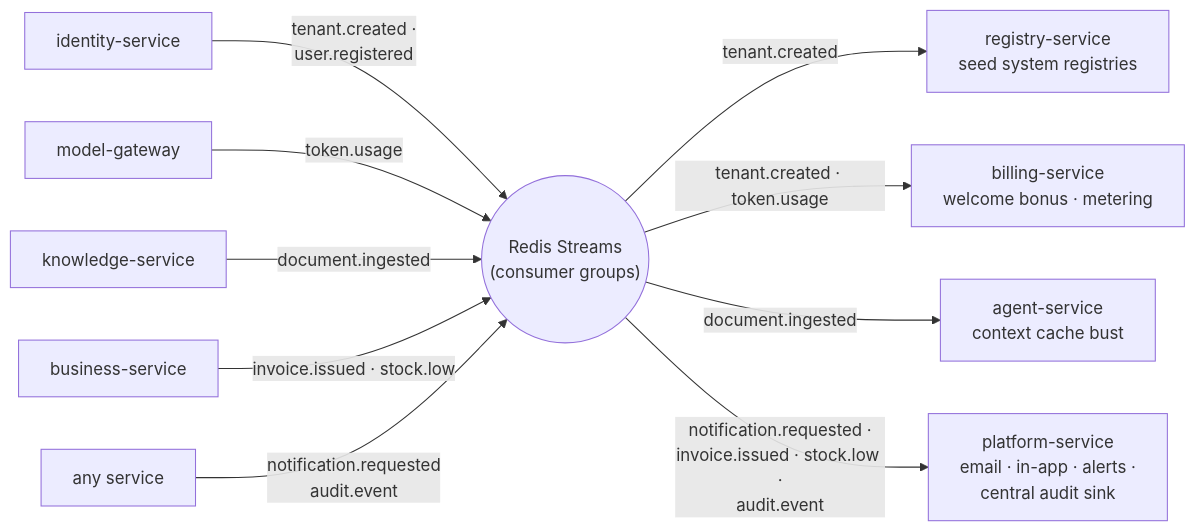
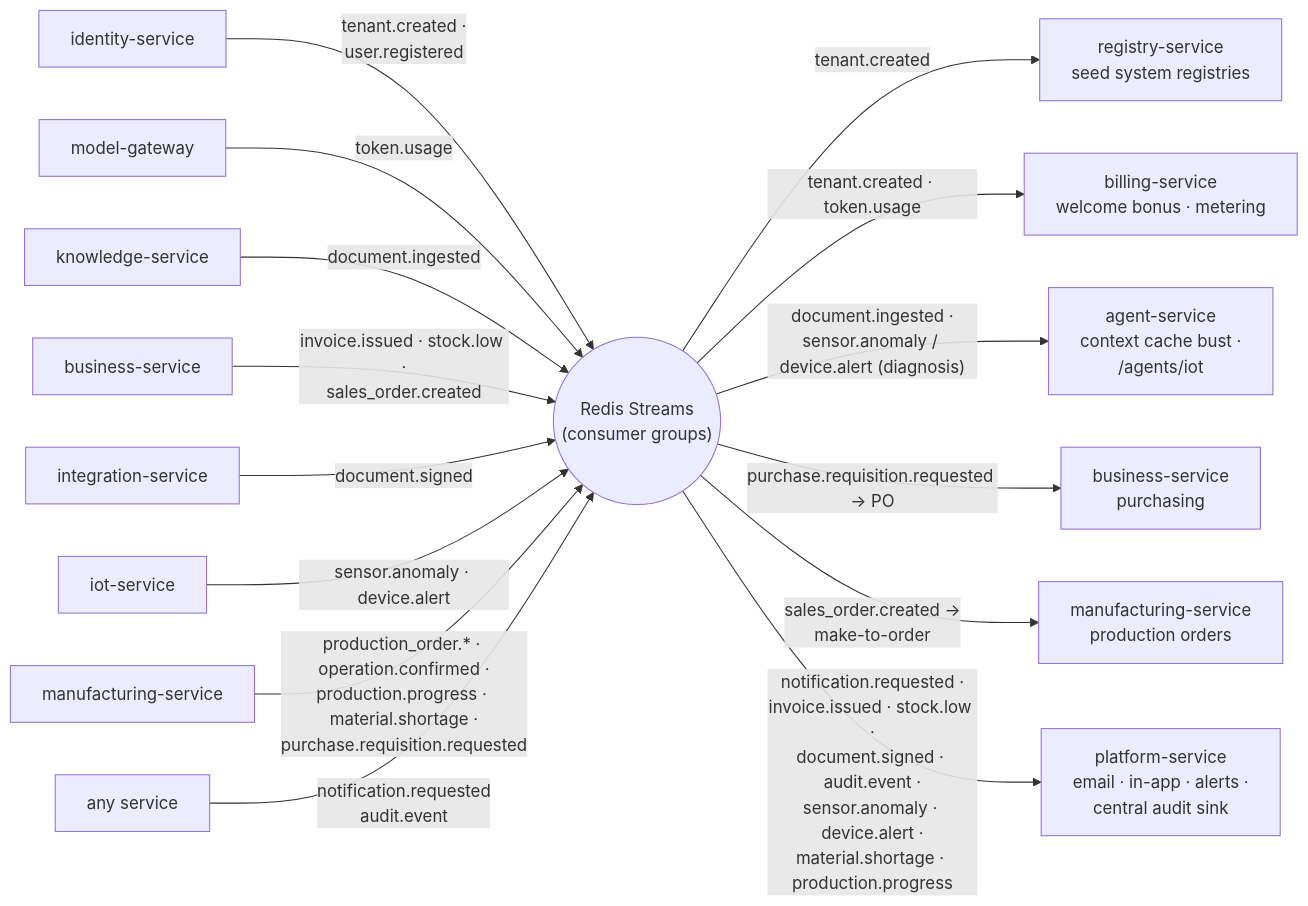
One commit to stoychev07-art/7X7-microservice changed the sixth of 6 diagrams in docs/01-architecture-overview.md. Above: the diagram before and after it, drawn with Mermaid. The commit also changed other lines of this file and 65 other files, not shown here.

First line of the commit message:
Enhance architecture and service documentation

````diff
--- a/docs/01-architecture-overview.md
+++ b/docs/01-architecture-overview.md
@@ -300,15 +383,20 @@
 ```mermaid
 flowchart LR
     id["identity-service"] -- "tenant.created ·<br/>user.registered" --> bus
     mg["model-gateway"] -- "token.usage" --> bus
     kn["knowledge-service"] -- "document.ingested" --> bus
-    biz["business-service"] -- "invoice.issued · stock.low" --> bus
+    biz["business-service"] -- "invoice.issued · stock.low ·<br/>sales_order.created" --> bus
+    intg["integration-service"] -- "document.signed" --> bus
+    iot["iot-service"] -- "sensor.anomaly · device.alert" --> bus
+    mf["manufacturing-service"] -- "production_order.* · operation.confirmed ·<br/>production.progress · material.shortage ·<br/>purchase.requisition.requested" --> bus
     any["any service"] -- "notification.requested<br/>audit.event" --> bus
 
     bus(("Redis Streams<br/>(consumer groups)"))
 
     bus -- "tenant.created" --> reg["registry-service<br/>seed system registries"]
     bus -- "tenant.created · token.usage" --> bill["billing-service<br/>welcome bonus · metering"]
-    bus -- "document.ingested" --> ag["agent-service<br/>context cache bust"]
-    bus -- "notification.requested ·<br/>invoice.issued · stock.low ·<br/>audit.event" --> plat["platform-service<br/>email · in-app · alerts ·<br/>central audit sink"]
+    bus -- "document.ingested ·<br/>sensor.anomaly / device.alert (diagnosis)" --> ag["agent-service<br/>context cache bust ·<br/>/agents/iot"]
+    bus -- "purchase.requisition.requested → PO" --> bizc["business-service<br/>purchasing"]
+    bus -- "sales_order.created →<br/>make-to-order" --> mfc["manufacturing-service<br/>production orders"]
+    bus -- "notification.requested ·<br/>invoice.issued · stock.low ·<br/>document.signed · audit.event ·<br/>sensor.anomaly · device.alert ·<br/>material.shortage · production.progress" --> plat["platform-service<br/>email · in-app · alerts ·<br/>central audit sink"]
 ```
````
